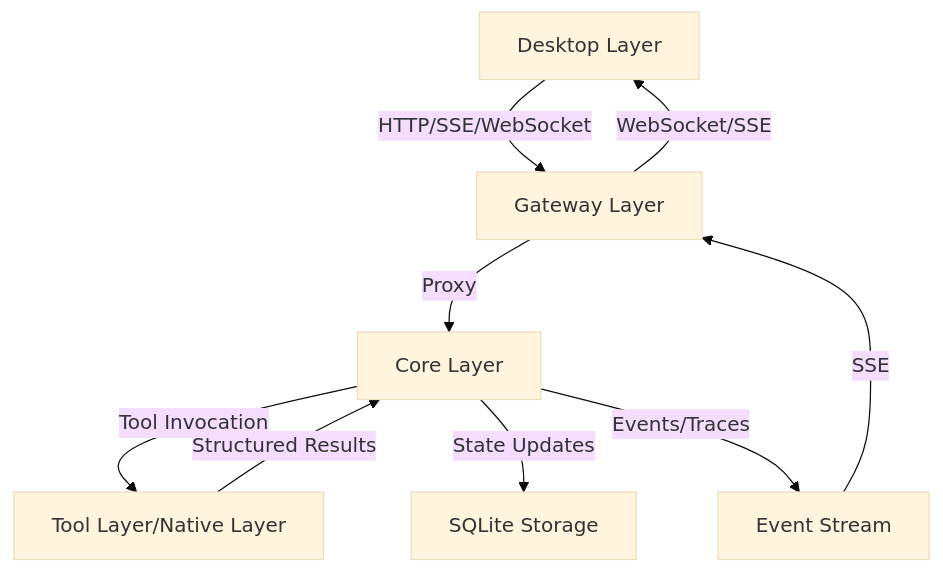
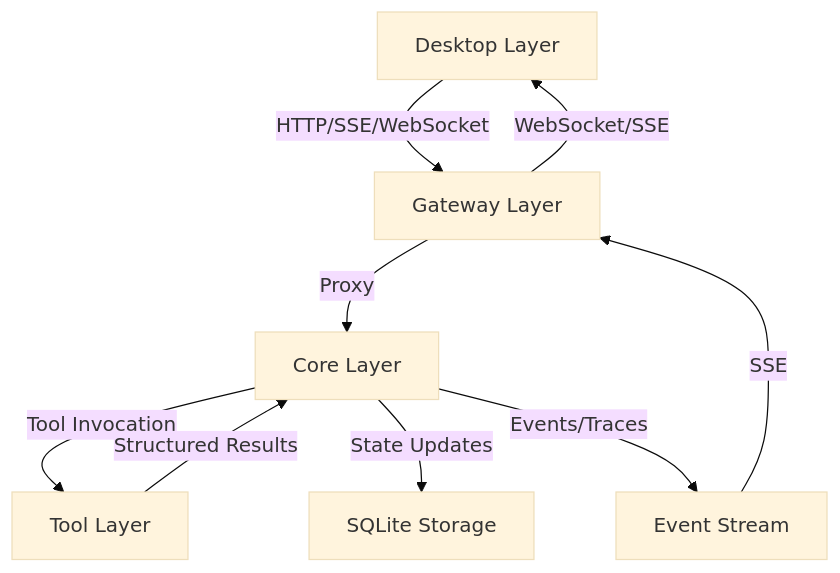
The diagram in AGENTS.md (Tinadec/TinadecOffice), drawn with Mermaid (base theme) before and after one commit. The commit also changed other lines of this file and 15 other files, not shown here.

First line of the commit message:
docs: sync architecture docs for gateway extraction and rust removal

````diff
--- a/AGENTS.md
+++ b/AGENTS.md
@@ -106,11 +93,11 @@
 ```mermaid
 graph TD
     A[Desktop Layer] -->|HTTP/SSE/WebSocket| B[Gateway Layer]
     B -->|Proxy| C[Core Layer]
-    C -->|Tool Invocation| D[Tool Layer/Native Layer]
+    C -->|Tool Invocation| D[Tool Layer]
     D -->|Structured Results| C
     C -->|State Updates| E[SQLite Storage]
     C -->|Events/Traces| F[Event Stream]
     F -->|SSE| B
     B -->|WebSocket/SSE| A
 ```
````
